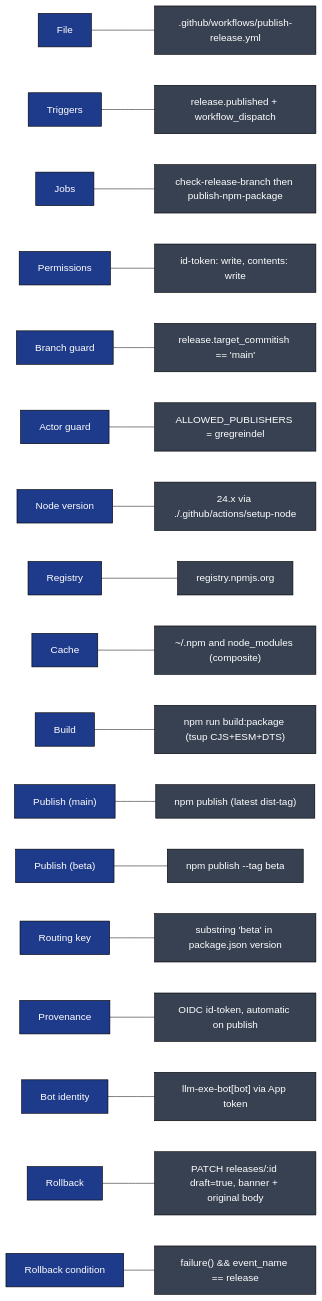
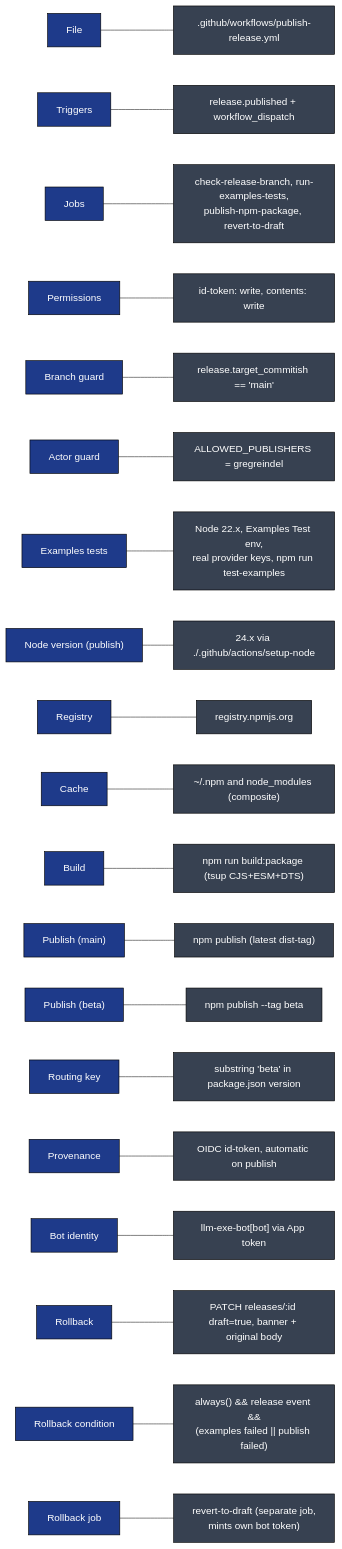
One commit to gregreindel/llm-exe changed diagram 12 of 12 in .github/docs/PUBLISH_RELEASE_DEEP_DIVE.md. Above: the diagram before and after it, drawn with Mermaid. The commit also changed other lines of this file and 2 other files, not shown here.

First line of the commit message:
docs: sync PUBLISH_RELEASE_DEEP_DIVE after publish-release.yml restructure

````diff
--- a/.github/docs/PUBLISH_RELEASE_DEEP_DIVE.md
+++ b/.github/docs/PUBLISH_RELEASE_DEEP_DIVE.md
@@ -490,23 +555,25 @@
 ```mermaid
 flowchart LR
     classDef k fill:#1e3a8a,color:#fff,stroke:#000
     classDef v fill:#374151,color:#fff,stroke:#000
 
     K1["File"]:::k --- V1[".github/workflows/publish-release.yml"]:::v
     K2["Triggers"]:::k --- V2["release.published + workflow_dispatch"]:::v
-    K3["Jobs"]:::k --- V3["check-release-branch then publish-npm-package"]:::v
+    K3["Jobs"]:::k --- V3["check-release-branch, run-examples-tests,\npublish-npm-package, revert-to-draft"]:::v
     K4["Permissions"]:::k --- V4["id-token: write, contents: write"]:::v
     K5["Branch guard"]:::k --- V5["release.target_commitish == 'main'"]:::v
     K6["Actor guard"]:::k --- V6["ALLOWED_PUBLISHERS = gregreindel"]:::v
-    K7["Node version"]:::k --- V7["24.x via ./.github/actions/setup-node"]:::v
+    K6b["Examples tests"]:::k --- V6b["Node 22.x, Examples Test env,\nreal provider keys, npm run test-examples"]:::v
+    K7["Node version (publish)"]:::k --- V7["24.x via ./.github/actions/setup-node"]:::v
     K8["Registry"]:::k --- V8["registry.npmjs.org"]:::v
     K9["Cache"]:::k --- V9["~/.npm and node_modules (composite)"]:::v
     K10["Build"]:::k --- V10["npm run build:package (tsup CJS+ESM+DTS)"]:::v
     K11["Publish (main)"]:::k --- V11["npm publish (latest dist-tag)"]:::v
     K12["Publish (beta)"]:::k --- V12["npm publish --tag beta"]:::v
     K13["Routing key"]:::k --- V13["substring 'beta' in package.json version"]:::v
     K14["Provenance"]:::k --- V14["OIDC id-token, automatic on publish"]:::v
     K15["Bot identity"]:::k --- V15["llm-exe-bot[bot] via App token"]:::v
     K16["Rollback"]:::k --- V16["PATCH releases/:id draft=true, banner + original body"]:::v
-    K17["Rollback condition"]:::k --- V17["failure() && event_name == release"]:::v
+    K17["Rollback condition"]:::k --- V17["always() && release event &&\n(examples failed || publish failed)"]:::v
+    K18["Rollback job"]:::k --- V18["revert-to-draft (separate job,\nmints own bot token)"]:::v
 ```
````
